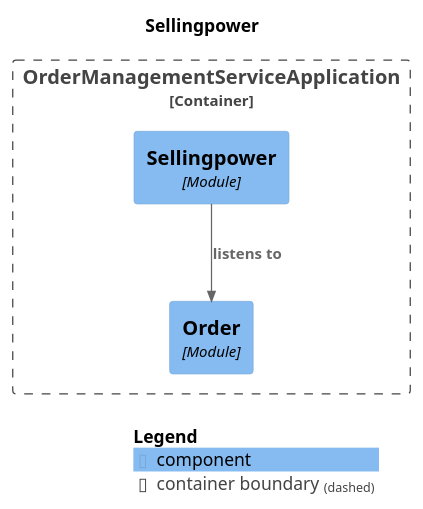
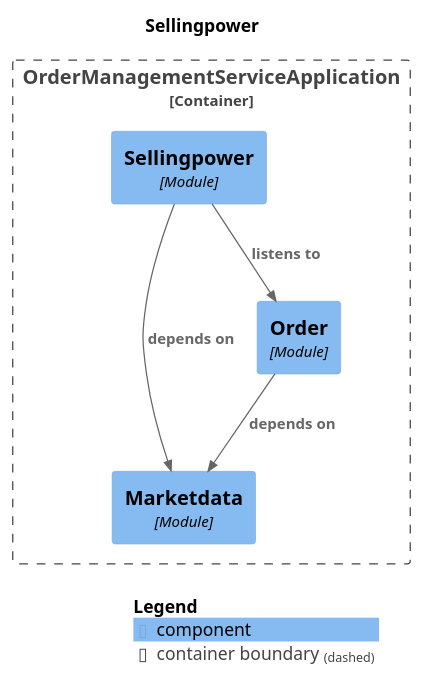
The diagram in spring-modulith-docs/module-sellingpower.puml (NosearY/order-management-service-reference-implementation), drawn with PlantUML before and after one commit. The commit also changed 36 other files, not shown here.

```diff
--- a/spring-modulith-docs/module-sellingpower.puml
+++ b/spring-modulith-docs/module-sellingpower.puml
@@ -1,19 +1,22 @@
 @startuml
 set separator none
 title Sellingpower
 
 top to bottom direction
 
 !include <C4/C4>
 !include <C4/C4_Context>
 !include <C4/C4_Component>
 
 Container_Boundary("OrderManagementServiceApplication.OrderManagementServiceApplication_boundary", "OrderManagementServiceApplication", $tags="") {
   Component(OrderManagementServiceApplication.OrderManagementServiceApplication.Sellingpower, "Sellingpower", $techn="Module", $descr="", $tags="", $link="")
+  Component(OrderManagementServiceApplication.OrderManagementServiceApplication.Marketdata, "Marketdata", $techn="Module", $descr="", $tags="", $link="")
   Component(OrderManagementServiceApplication.OrderManagementServiceApplication.Order, "Order", $techn="Module", $descr="", $tags="", $link="")
 }
 
+Rel(OrderManagementServiceApplication.OrderManagementServiceApplication.Order, OrderManagementServiceApplication.OrderManagementServiceApplication.Marketdata, "depends on", $techn="", $tags="", $link="")
 Rel(OrderManagementServiceApplication.OrderManagementServiceApplication.Sellingpower, OrderManagementServiceApplication.OrderManagementServiceApplication.Order, "listens to", $techn="", $tags="", $link="")
+Rel(OrderManagementServiceApplication.OrderManagementServiceApplication.Sellingpower, OrderManagementServiceApplication.OrderManagementServiceApplication.Marketdata, "depends on", $techn="", $tags="", $link="")
 
 SHOW_LEGEND(true)
 @enduml
```
